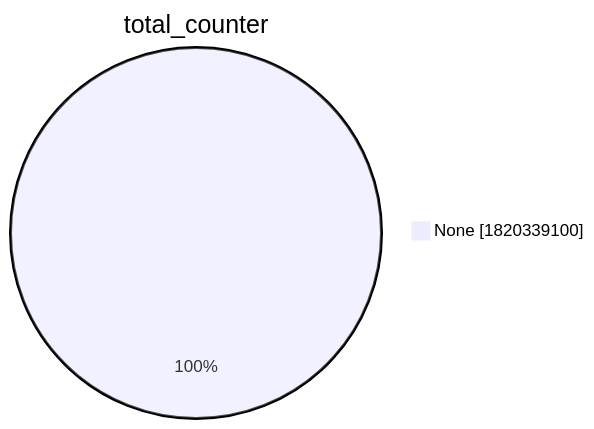
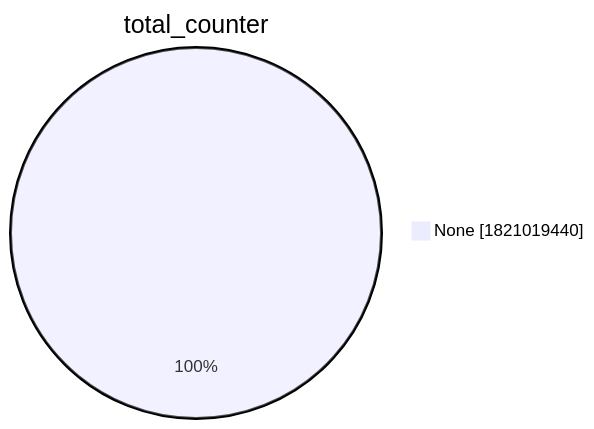
The second of 15 diagrams in xenon2022/README.md (christiankrug/ctmonitor_visualization), drawn with Mermaid before and after one commit. The commit also changed other lines of this file, not shown here.

````diff
--- a/xenon2022/README.md
+++ b/xenon2022/README.md
@@ -9,5 +9,5 @@
 ```mermaid
 pie showData
 title total_counter
-"None" :1820339100
+"None" :1821019440
 ```
````
